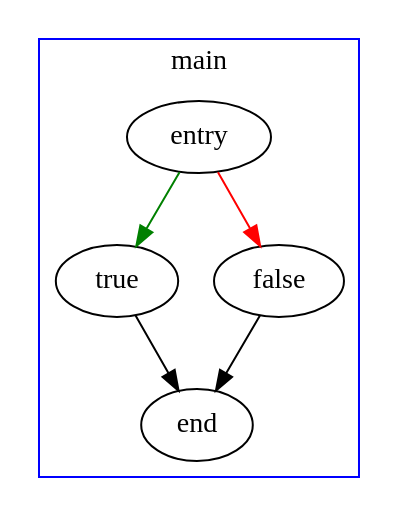
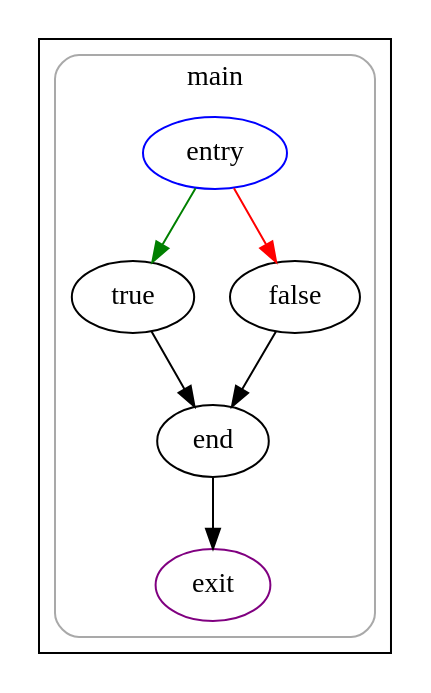
Before and after one commit to UnsignedByte/6120: the diagram in playground/branch.cfg.dot, drawn with Graphviz. The commit also changed 38 other files, not shown here.

Commit message:
add call graph visualization

```diff
--- a/playground/branch.cfg.dot
+++ b/playground/branch.cfg.dot
@@ -1,14 +1,21 @@
 strict digraph G {
+  compound=true
   subgraph cluster_0 {
-    label="main"
-    color=blue
-    subgraph_0_node_0[label="entry",shape=oval]
-    subgraph_0_node_1[label="true",shape=oval]
-    subgraph_0_node_2[label="false",shape=oval]
-    subgraph_0_node_3[label="end",shape=oval]
-    subgraph_0_node_0 -> subgraph_0_node_1 [color=green]
-    subgraph_0_node_0 -> subgraph_0_node_2 [color=red]
-    subgraph_0_node_1 -> subgraph_0_node_3
-    subgraph_0_node_2 -> subgraph_0_node_3
+    subgraph cluster_0_0 {
+      label="main"
+      color=darkgray
+      style=rounded
+      fillcolor=lightgray
+      cluster_0_0_0[label="entry",shape=oval,color=blue,rank=source]
+      cluster_0_0_1[label="true",shape=oval]
+      cluster_0_0_2[label="false",shape=oval]
+      cluster_0_0_3[label="end",shape=oval]
+      cluster_0_0_exit[label=exit,color=purple,rank=sink]
+      cluster_0_0_0 -> cluster_0_0_1 [color=green]
+      cluster_0_0_0 -> cluster_0_0_2 [color=red]
+      cluster_0_0_1 -> cluster_0_0_3
+      cluster_0_0_2 -> cluster_0_0_3
+      cluster_0_0_3 -> cluster_0_0_exit [color=black]
+    }
   }
 }
```
